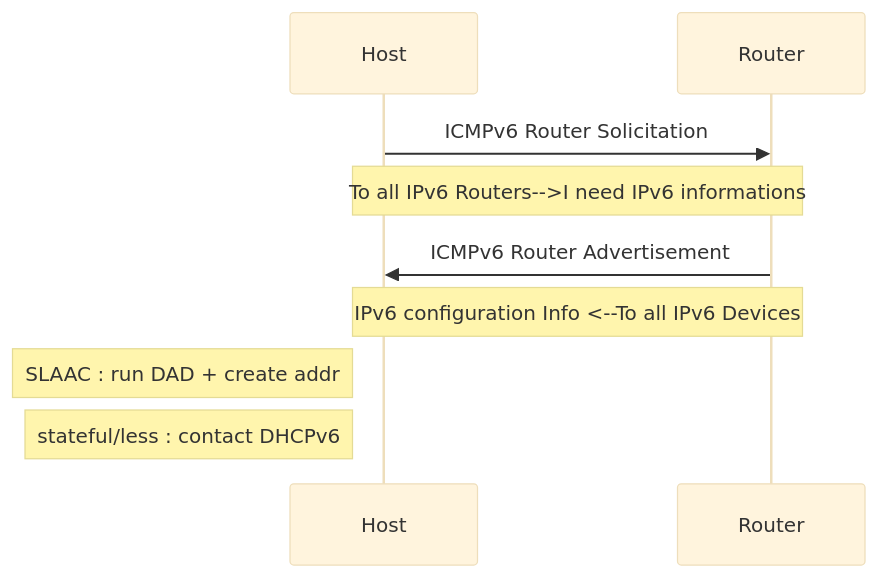
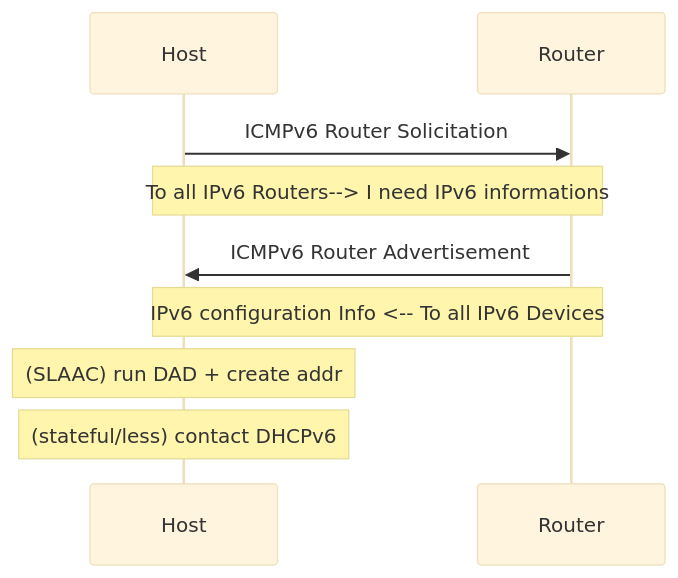
One commit to 77Dice/PND_Notes changed the first of 3 diagrams in IPv6/[2]IPv6 ICMPv6 + NDP + Dyn addr config.md. Above: the diagram before and after it, drawn with Mermaid (base theme). The commit also changed other lines of this file, not shown here.

Commit message:
end SLAAC

````diff
--- a/IPv6/[2]IPv6 ICMPv6 + NDP + Dyn addr config.md
+++ b/IPv6/[2]IPv6 ICMPv6 + NDP + Dyn addr config.md
@@ -48,9 +48,9 @@
 ```mermaid
 sequenceDiagram
 	Host->>Router: ICMPv6 Router Solicitation
-	note over Host,Router : To all IPv6 Routers-->I need IPv6 informations
+	note over Host,Router : To all IPv6 Routers--> I need IPv6 informations
 	Router->>Host: ICMPv6 Router Advertisement
-	Note over Router,Host: IPv6  configuration Info <--To all IPv6 Devices 
-	Note left of Host: SLAAC : run DAD + create addr
-	Note left of Host: stateful/less : contact DHCPv6
+	Note over Router,Host: IPv6  configuration Info <-- To all IPv6 Devices 
+	note over Host : (SLAAC) run DAD + create addr
+	note over Host : (stateful/less) contact DHCPv6
 ```
````
